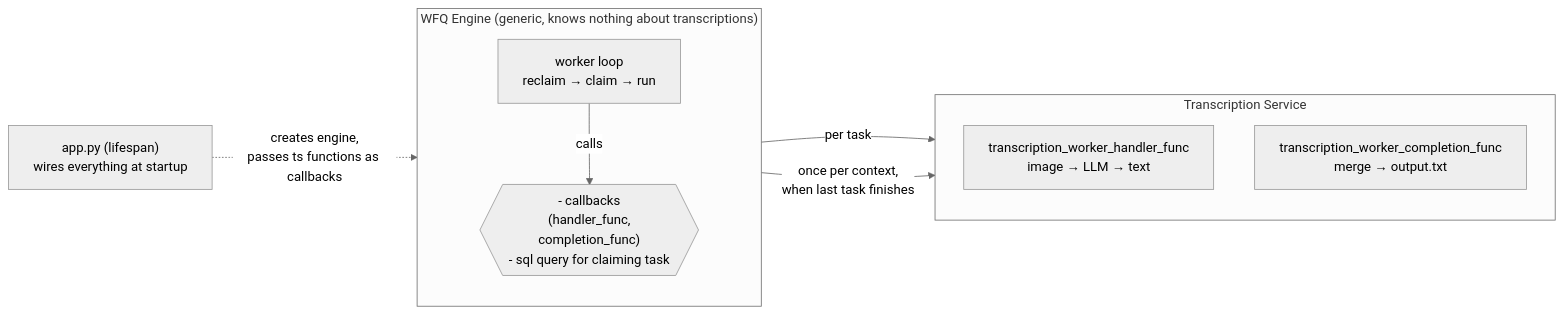
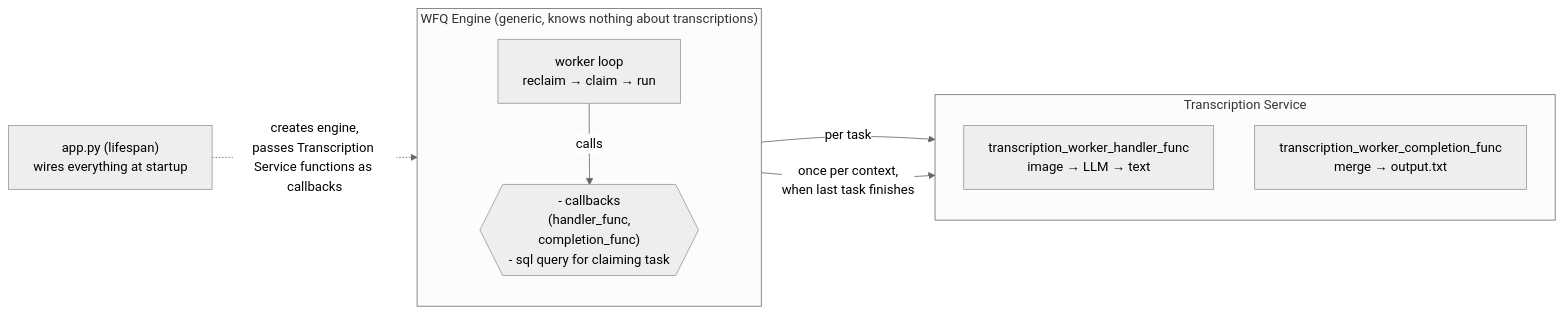
One commit to milanpanic2/llm-agents changed the diagram in src/WFQEngine/README.md. Above: the diagram before and after it, drawn with Mermaid (neutral theme). The commit also changed other lines of this file and 2 other files, not shown here.

````diff
--- a/src/WFQEngine/README.md
+++ b/src/WFQEngine/README.md
@@ -1,21 +20,21 @@
 ```mermaid
 flowchart LR
     app["app.py (lifespan)<br/>wires everything at startup"]
 
     subgraph engine["WFQ Engine (generic, knows nothing about transcriptions)"]
         direction TB
         worker["worker loop<br/>reclaim → claim → run"]
         cb{{"- callbacks<br/>(handler_func,<br/>completion_func)<br/>- sql query for claiming task"}}
         worker -->|"calls"| cb
     end
 
     subgraph ts["Transcription Service"]
         direction TB
         handler["transcription_worker_handler_func<br/>image → LLM → text"]
         completion["transcription_worker_completion_func<br/>merge → output.txt"]
     end
 
-    app -.->|"creates engine,<br/>passes ts functions as callbacks"| engine
+    app -.->|"creates engine,<br/>passes Transcription Service functions as callbacks"| engine
     cb -->|"per task"| handler
     cb -->|"once per context,<br/>when last task finishes"| completion
 ```
````
